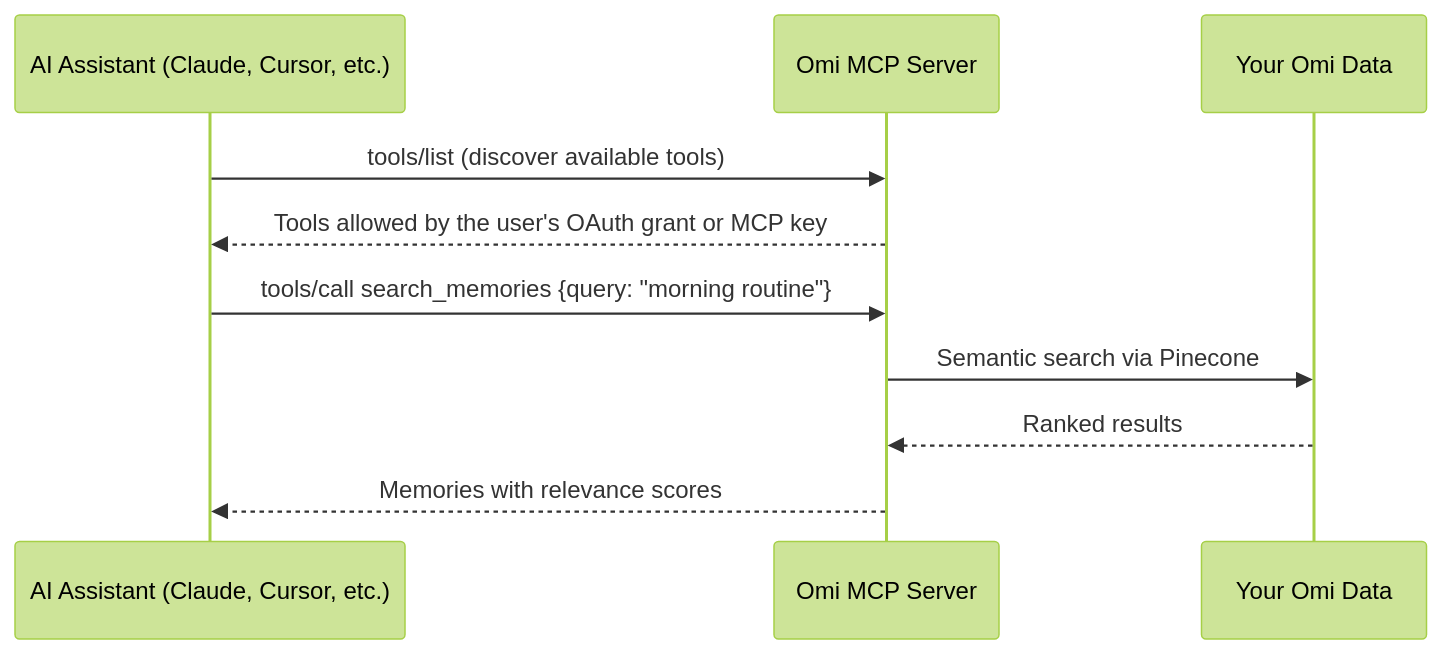
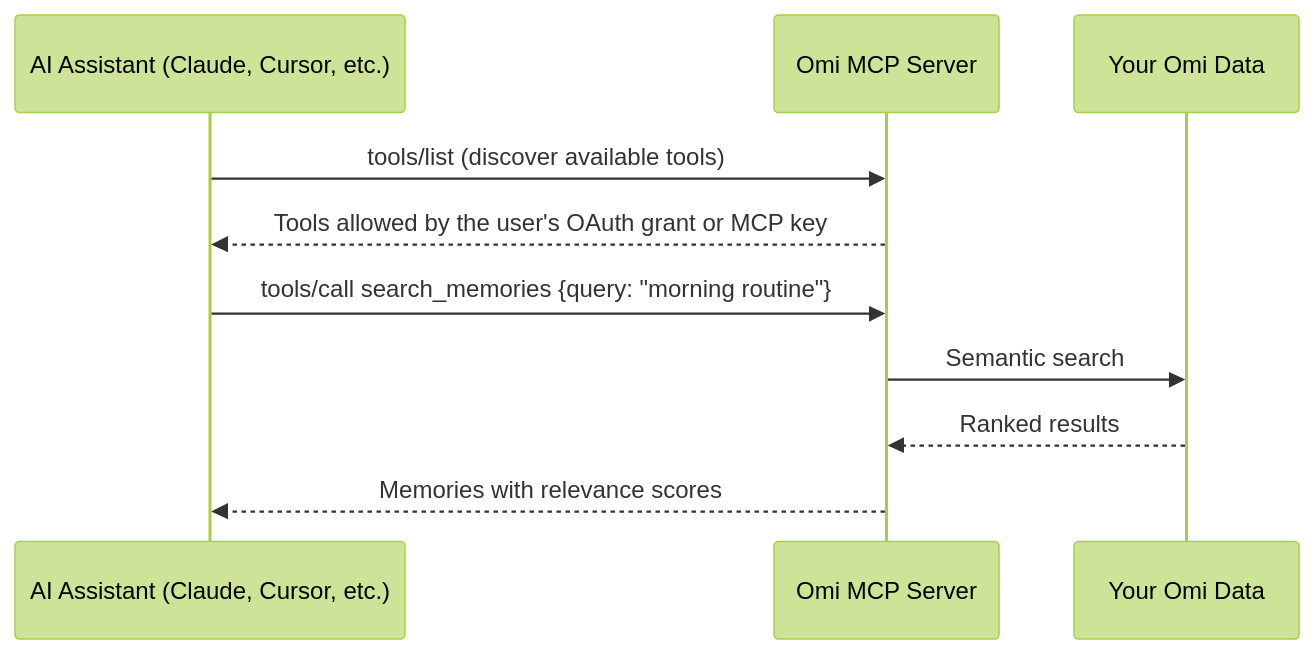
One commit to BasedHardware/omi changed the diagram in docs/doc/developer/mcp/introduction.mdx. Above: the diagram before and after it, drawn with Mermaid (forest theme). The commit also changed 28 other files, not shown here.

````diff
--- a/docs/doc/developer/mcp/introduction.mdx
+++ b/docs/doc/developer/mcp/introduction.mdx
@@ -27,13 +27,13 @@
 ```mermaid
 sequenceDiagram
     participant A as AI Assistant (Claude, Cursor, etc.)
     participant M as Omi MCP Server
     participant D as Your Omi Data
 
     A->>M: tools/list (discover available tools)
     M-->>A: Tools allowed by the user's OAuth grant or MCP key
     A->>M: tools/call search_memories {query: "morning routine"}
-    M->>D: Semantic search via Pinecone
+    M->>D: Semantic search
     D-->>M: Ranked results
     M-->>A: Memories with relevance scores
 ```
````
